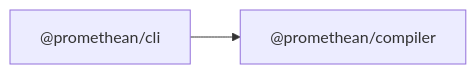
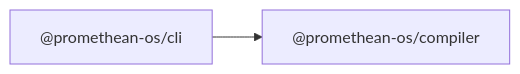
The diagram in docs/packages/cli/README.md (octave-commons/promethean), drawn with Mermaid before and after one commit. The commit also changed other lines of this file and 1753 other files, not shown here.

````diff
--- a/docs/packages/cli/README.md
+++ b/docs/packages/cli/README.md
@@ -14,7 +14,7 @@
 ```mermaid
 graph LR
-  A["@promethean/cli"]
-  D1["@promethean/compiler"]
-  A --> D1["@promethean/compiler"]
-  click D1 "../compiler/README.md" "@promethean/compiler"
+  A["@promethean-os/cli"]
+  D1["@promethean-os/compiler"]
+  A --> D1["@promethean-os/compiler"]
+  click D1 "../compiler/README.md" "@promethean-os/compiler"
 ```
````
